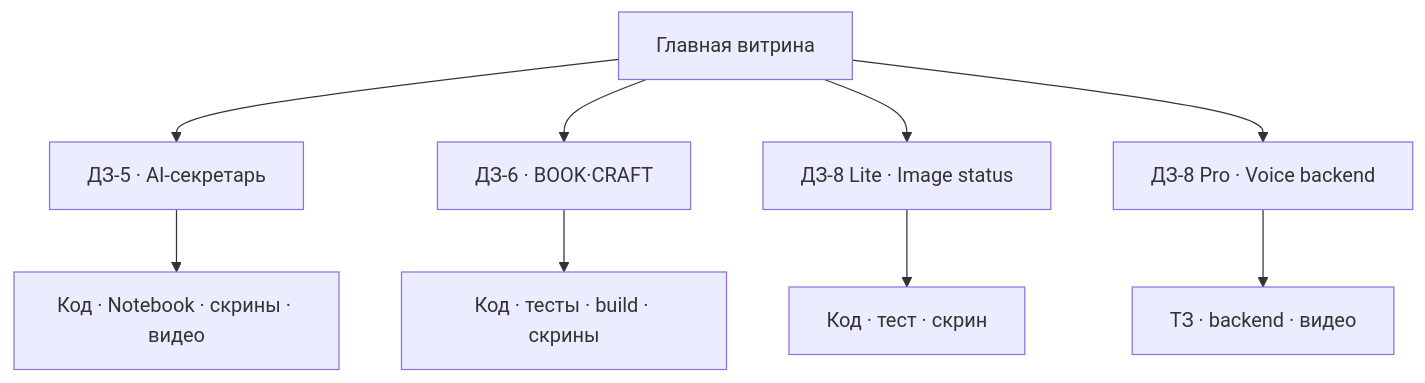
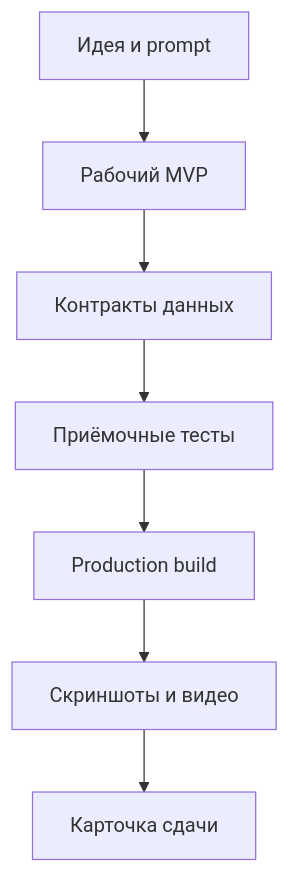
The second of 2 diagrams in README.md (VictorKVS/Vibe-coding), drawn with Mermaid before and after one commit. The commit also changed other lines of this file, not shown here.

````diff
--- a/README.md
+++ b/README.md
@@ -69,11 +124,9 @@
 ```mermaid
 flowchart TD
-    R["Главная витрина"] --> D5["ДЗ-5 · AI-секретарь"]
-    R --> D6["ДЗ-6 · BOOK·CRAFT"]
-    R --> D8L["ДЗ-8 Lite · Image status"]
-    R --> D8P["ДЗ-8 Pro · Voice backend"]
-    D5 --> E5["Код · Notebook · скрины · видео"]
-    D6 --> E6["Код · тесты · build · скрины"]
-    D8L --> E8L["Код · тест · скрин"]
-    D8P --> E8P["ТЗ · backend · видео"]
+    IDEA["Идея и prompt"] --> MVP["Рабочий MVP"]
+    MVP --> CONTRACT["Контракты данных"]
+    CONTRACT --> TESTS["Приёмочные тесты"]
+    TESTS --> BUILD["Production build"]
+    BUILD --> EVIDENCE["Скриншоты и видео"]
+    EVIDENCE --> SUBMIT["Карточка сдачи"]
 ```
````
